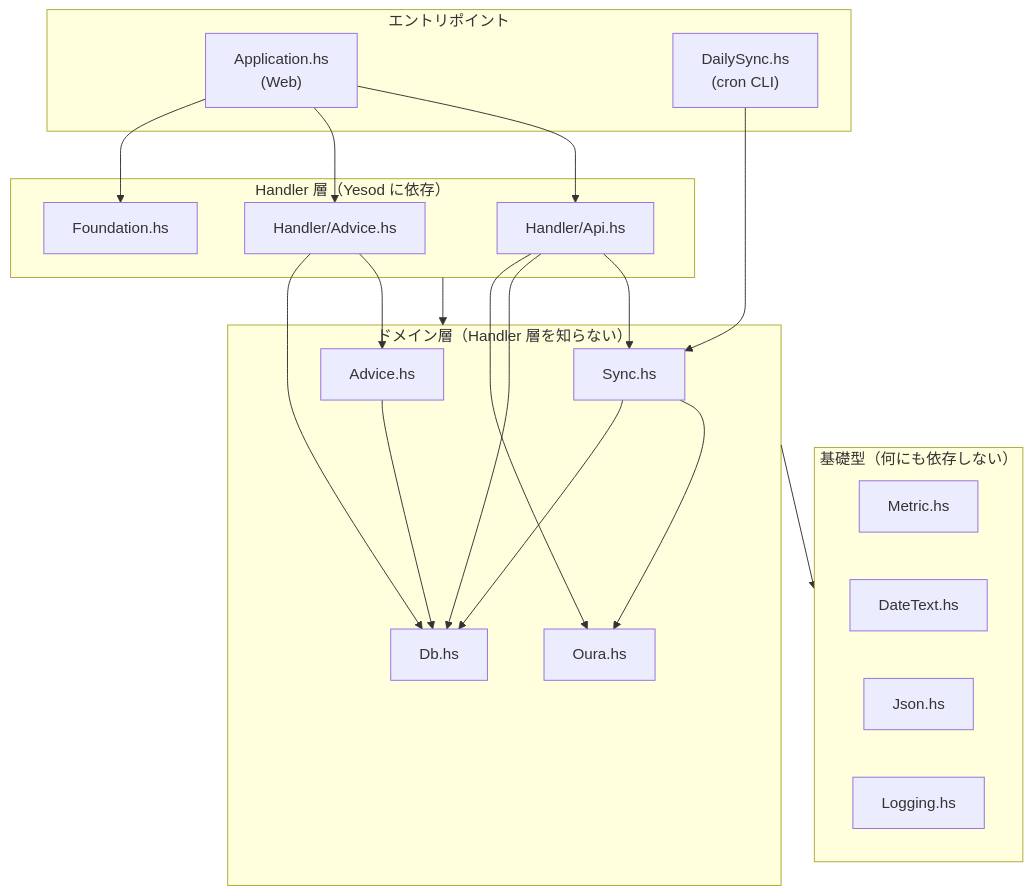
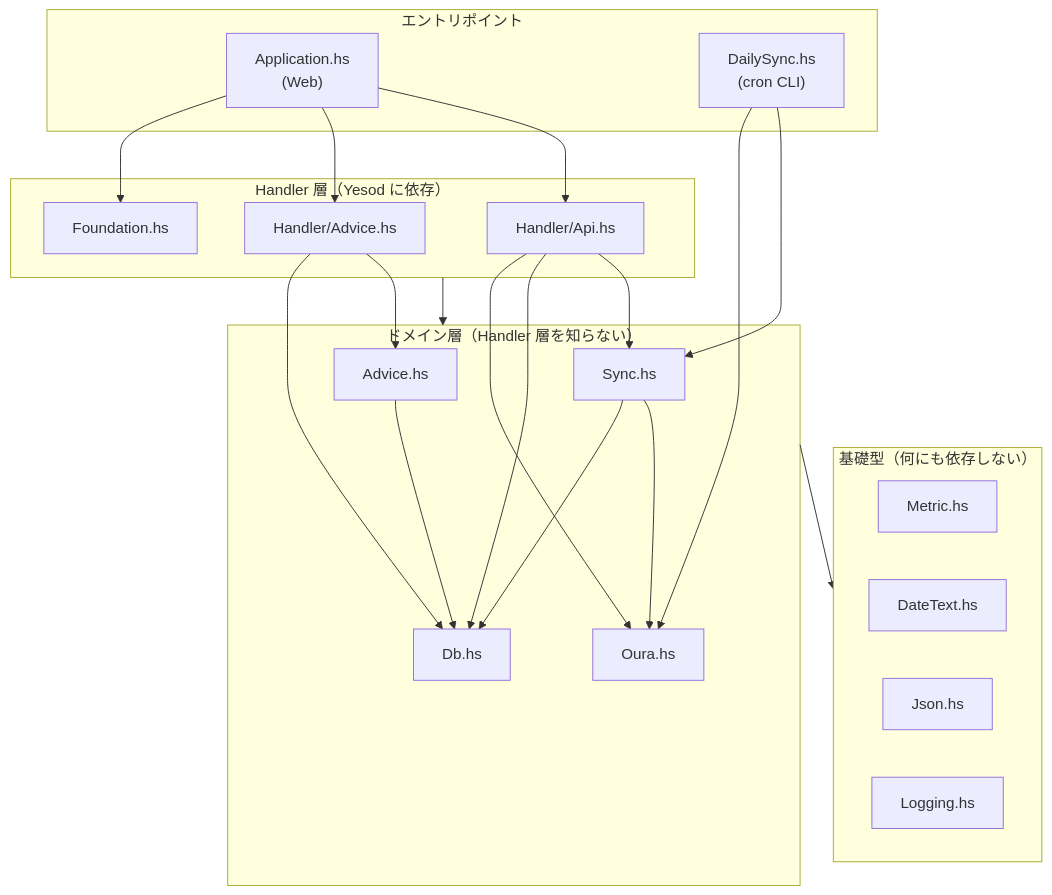
One commit to ikuya/oura-dashboard-hs changed the diagram in textbook/01-reading-a-haskell-project.md. Above: the diagram before and after it, drawn with Mermaid. The commit also changed other lines of this file and 12 other files, not shown here.

````diff
--- a/textbook/01-reading-a-haskell-project.md
+++ b/textbook/01-reading-a-haskell-project.md
@@ -53,33 +53,33 @@
 ```mermaid
 flowchart TB
     subgraph L4["エントリポイント"]
         App["Application.hs<br/>(Web)"]
         DS["DailySync.hs<br/>(cron CLI)"]
     end
     subgraph L3["Handler 層（Yesod に依存）"]
         HApi["Handler/Api.hs"]
         HAdv["Handler/Advice.hs"]
         Found["Foundation.hs"]
     end
     subgraph L2["ドメイン層（Handler 層を知らない）"]
         Sync["Sync.hs"]
         Advice["Advice.hs"]
         Db["Db.hs"]
         Oura["Oura.hs"]
     end
     subgraph L1["基礎型（何にも依存しない）"]
         Metric["Metric.hs"]
         DateText["DateText.hs"]
         Json["Json.hs"]
         Logging["Logging.hs"]
     end
 
     App --> HApi & HAdv & Found
-    DS --> Sync
+    DS --> Sync & Oura
     HApi --> Sync & Db & Oura
     HAdv --> Advice & Db
     Sync --> Oura & Db
     Advice --> Db
     L2 --> L1
     L3 --> L2
 ```
````
